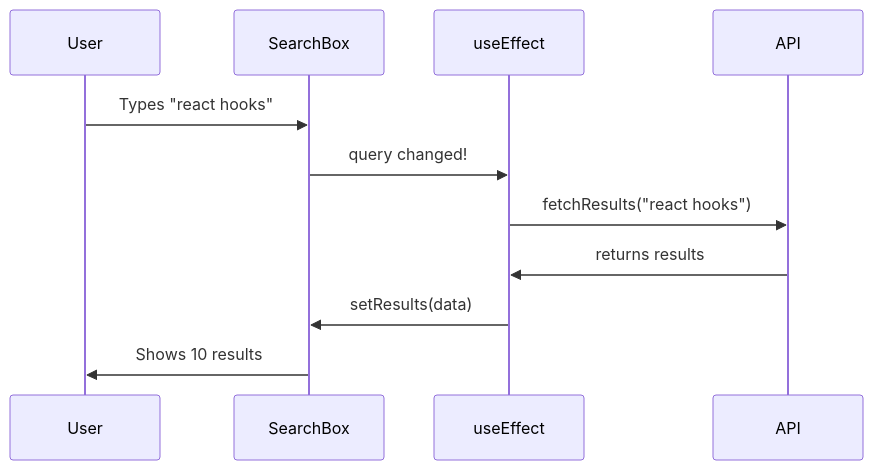
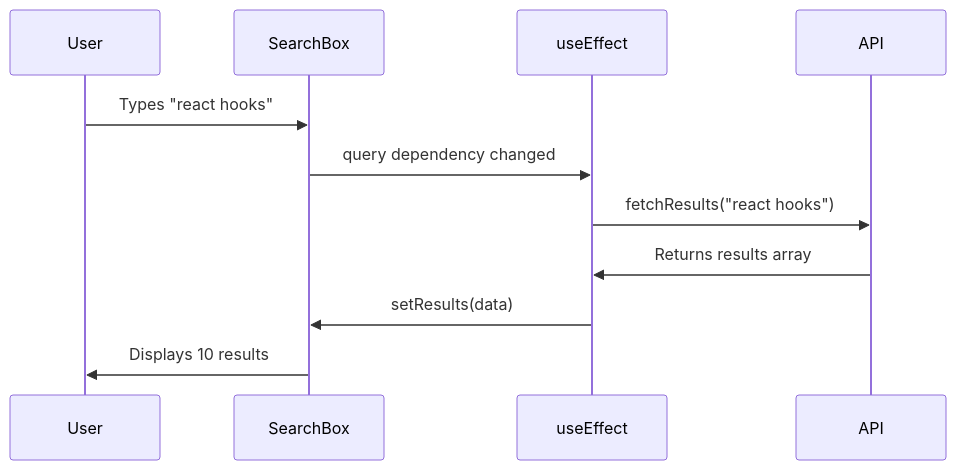
Before and after one commit to vaishali86c/React-revision-book: the eighth of 21 diagrams in REACT-HOOKS-DEEP-DIVE.md, drawn with Mermaid. The commit also changed other lines of this file, not shown here.

````diff
--- a/REACT-HOOKS-DEEP-DIVE.md
+++ b/REACT-HOOKS-DEEP-DIVE.md
@@ -301,14 +299,14 @@
 ```mermaid
 sequenceDiagram
     participant User
     participant SearchBox
     participant useEffect
     participant API
 
     User->>SearchBox: Types "react hooks"
-    SearchBox->>useEffect: query changed!
+    SearchBox->>useEffect: query dependency changed
     useEffect->>API: fetchResults("react hooks")
-    API->>useEffect: returns results
+    API->>useEffect: Returns results array
     useEffect->>SearchBox: setResults(data)
-    SearchBox->>User: Shows 10 results
+    SearchBox->>User: Displays 10 results
 ```
````
